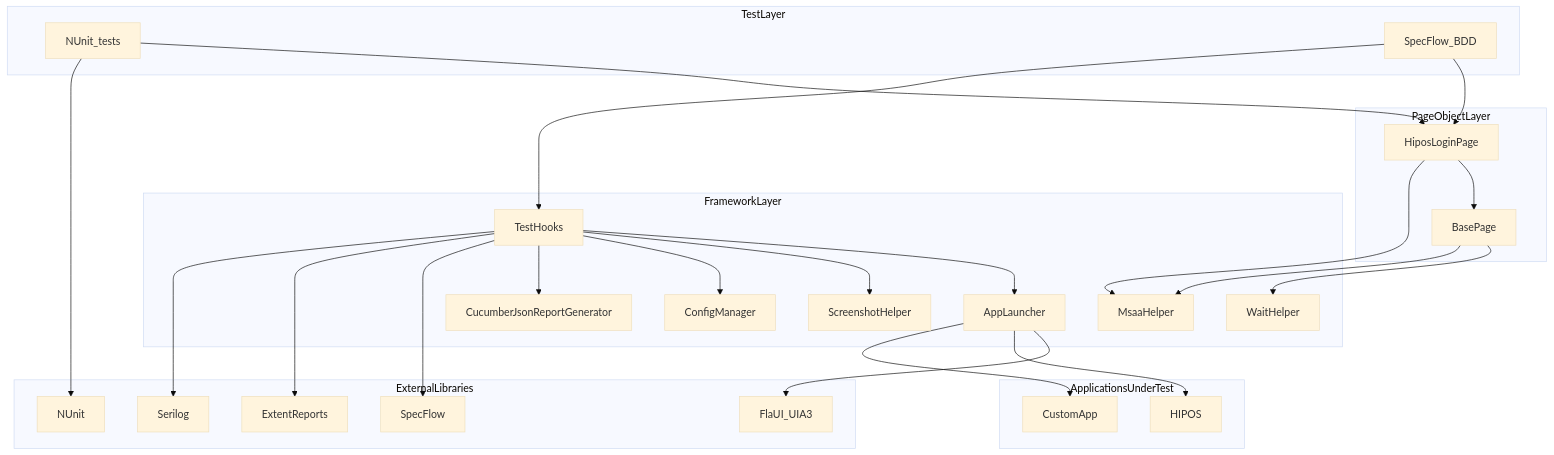
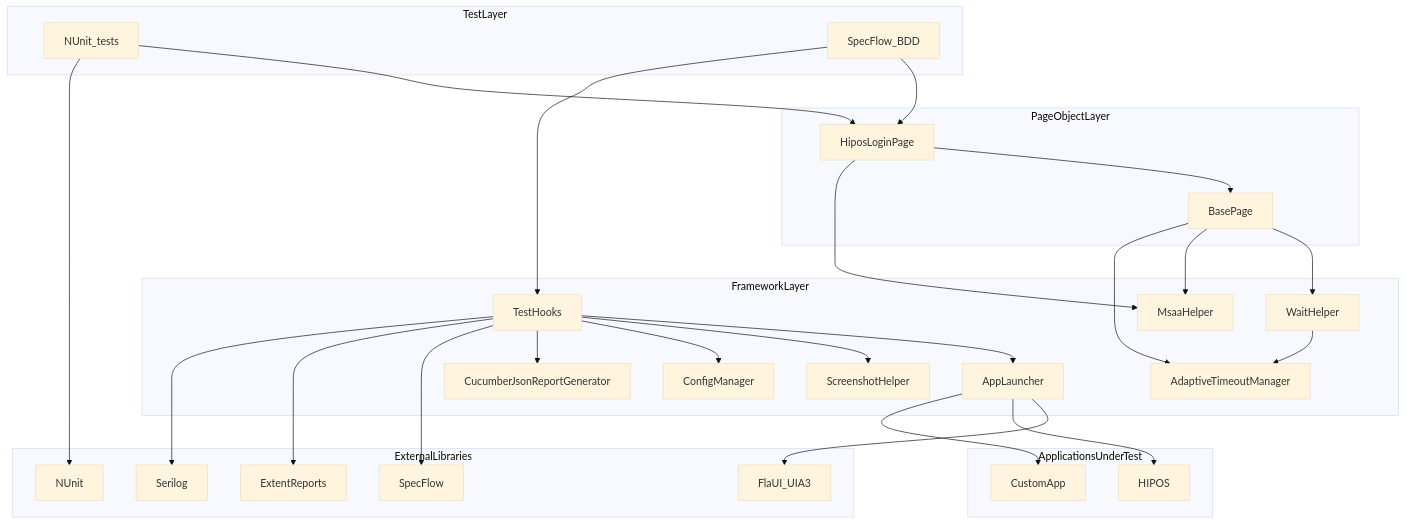
One commit to Akradeveloper/Hipos changed the first of 6 diagrams in website/docs/architecture.md. Above: the diagram before and after it, drawn with Mermaid (base theme). The commit also changed other lines of this file and 4 other files, not shown here.

First line of the commit message:
Enhance documentation and implement AdaptiveTimeoutManager for improved wait handling

````diff
--- a/website/docs/architecture.md
+++ b/website/docs/architecture.md
@@ -11,54 +11,57 @@
 ```mermaid
 graph TB
     subgraph Tests[TestLayer]
         UT[NUnit_tests]
         BDD[SpecFlow_BDD]
     end
     
     subgraph PageObjects[PageObjectLayer]
         HP[HiposLoginPage]
         BP[BasePage]
     end
     
     subgraph Framework[FrameworkLayer]
         AL[AppLauncher]
         TH[TestHooks]
         WH[WaitHelper]
+        ATM[AdaptiveTimeoutManager]
         SH[ScreenshotHelper]
         CM[ConfigManager]
         MH[MsaaHelper]
         CJ[CucumberJsonReportGenerator]
     end
     
     subgraph External[ExternalLibraries]
         FlaUI[FlaUI_UIA3]
         NUnit[NUnit]
         SpecFlow[SpecFlow]
         ExtentReports[ExtentReports]
         Serilog[Serilog]
     end
     
     subgraph AUT[ApplicationsUnderTest]
         HiposApp[HIPOS]
         CustomApp[CustomApp]
     end
     
     UT --> HP
     BDD --> HP
     HP --> BP
     BP --> WH
     BP --> MH
+    BP --> ATM
     BDD --> TH
     TH --> AL
     TH --> SH
     TH --> CM
     TH --> CJ
     HP --> MH
+    WH --> ATM
     AL --> FlaUI
     TH --> SpecFlow
     TH --> ExtentReports
     TH --> Serilog
     UT --> NUnit
     AL --> HiposApp
     AL --> CustomApp
 ```
````
